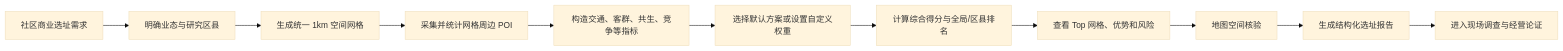
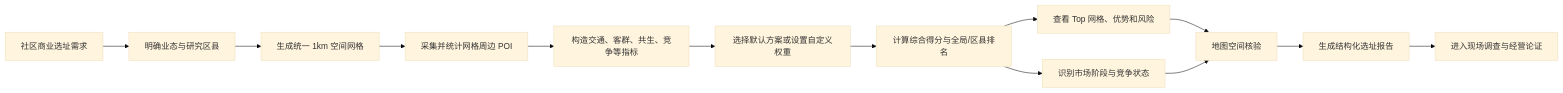
One commit to Brolem/qianzhi_selection changed the first of 3 diagrams in docs/黔址优选_v2项目说明材料.md. Above: the diagram before and after it, drawn with Mermaid (base theme). The commit also changed other lines of this file and 20 other files, not shown here.

````diff
--- a/docs/黔址优选_v2项目说明材料.md
+++ b/docs/黔址优选_v2项目说明材料.md
@@ -180,13 +181,15 @@
 ```mermaid
 flowchart LR
     A["社区商业选址需求"] --> B["明确业态与研究区县"]
     B --> C["生成统一 1km 空间网格"]
     C --> D["采集并统计网格周边 POI"]
     D --> E["构造交通、客群、共生、竞争等指标"]
     E --> F["选择默认方案或设置自定义权重"]
     F --> G["计算综合得分与全局/区县排名"]
     G --> H["查看 Top 网格、优势和风险"]
+    G --> H2["识别市场阶段与竞争状态"]
     H --> I["地图空间核验"]
+    H2 --> I
     I --> J["生成结构化选址报告"]
     J --> K["进入现场调查与经营论证"]
 ```
````
